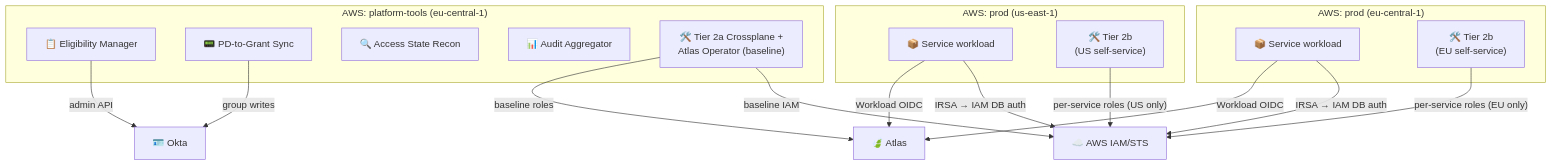
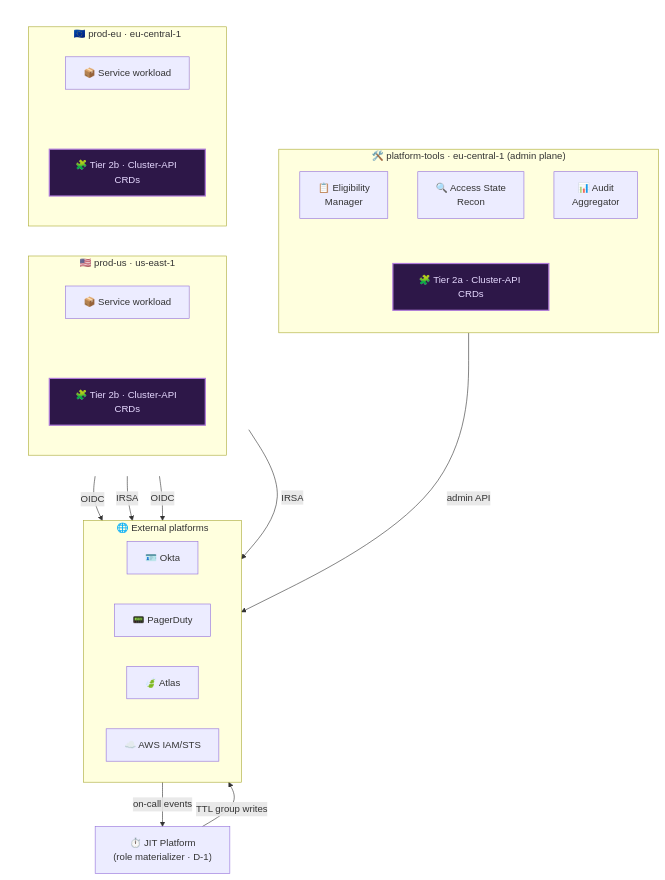
Before and after one commit to OrenOren1/blog: the eighth of 10 diagrams in presentations/credentials-access-platform/slides.generated.md, drawn with Mermaid. The commit also changed other lines of this file and 825 other files, not shown here.

First line of the commit message:
feat(deck): sync C&A Platform deck — Tools Selection, multi-region tier explainer, local hero images

````diff
--- a/presentations/credentials-access-platform/slides.generated.md
+++ b/presentations/credentials-access-platform/slides.generated.md
@@ -632,32 +708,51 @@
 ```mermaid
-graph TD
-    subgraph PT["AWS: platform-tools (eu-central-1)"]
-        EM["📋 Eligibility Manager"]
-        PDS["📟 PD-to-Grant Sync"]
-        ASR["🔍 Access State Recon"]
-        AUD["📊 Audit Aggregator"]
-        Tier2a["🛠️ Tier 2a Crossplane +<br/>Atlas Operator (baseline)"]
+flowchart TB
+    subgraph PT["🛠️ platform-tools · eu-central-1 (admin plane)"]
+        direction TB
+        EM["📋 Eligibility<br/>Manager"]
+        ASR["🔍 Access State<br/>Recon"]
+        AUD["📊 Audit<br/>Aggregator"]
+        T2A["🧩 Tier 2a · Cluster-API CRDs"]:::tier
+        EM ~~~ T2A
+        ASR ~~~ T2A
+        AUD ~~~ T2A
     end
-    subgraph US["AWS: prod (us-east-1)"]
-        WL_US["📦 Service workload"]
-        Tier2b_US["🛠️ Tier 2b<br/>(US self-service)"]
+
+    subgraph REGIONS[" "]
+        direction LR
+        subgraph US["🇺🇸 prod-us · us-east-1"]
+            direction TB
+            WL_US["📦 Service workload"]
+            T2B_US["🧩 Tier 2b · Cluster-API CRDs"]:::tier
+            WL_US ~~~ T2B_US
+        end
+        subgraph EU["🇪🇺 prod-eu · eu-central-1"]
+            direction TB
+            WL_EU["📦 Service workload"]
+            T2B_EU["🧩 Tier 2b · Cluster-API CRDs"]:::tier
+            WL_EU ~~~ T2B_EU
+        end
     end
-    subgraph EU["AWS: prod (eu-central-1)"]
-        WL_EU["📦 Service workload"]
-        Tier2b_EU["🛠️ Tier 2b<br/>(EU self-service)"]
+
+    JIT["⏱️ JIT Platform<br/>(role materializer · D-1)"]
+
+    subgraph EXT["🌐 External platforms"]
+        direction LR
+        Okta["🪪 Okta"]
+        PD["📟 PagerDuty"]
+        Atlas["🍃 Atlas"]
+        AWS_IAM["☁️ AWS IAM/STS"]
     end
-    Okta["🪪 Okta"]
-    Atlas["🍃 Atlas"]
-    AWS_IAM["☁️ AWS IAM/STS"]
 
     EM -->|"admin API"| Okta
-    PDS -->|"group writes"| Okta
-    Tier2a -->|"baseline roles"| Atlas
-    Tier2a -->|"baseline IAM"| AWS_IAM
-    WL_US -->|"Workload OIDC"| Atlas
-    WL_US -->|"IRSA → IAM DB auth"| AWS_IAM
-    WL_EU -->|"Workload OIDC"| Atlas
-    WL_EU -->|"IRSA → IAM DB auth"| AWS_IAM
-    Tier2b_US -->|"per-service roles (US only)"| AWS_IAM
-    Tier2b_EU -->|"per-service roles (EU only)"| AWS_IAM
+    PD -->|"on-call events"| JIT
+    JIT -->|"TTL group writes"| Okta
+
+    WL_US -->|"OIDC"| Atlas
+    WL_US -->|"IRSA"| AWS_IAM
+    WL_EU -->|"OIDC"| Atlas
+    WL_EU -->|"IRSA"| AWS_IAM
+
+    classDef tier fill:#2d1748,stroke:#b07adb,stroke-width:2px,color:#e6d9ff
+    style REGIONS fill:transparent,stroke:transparent
 ```
````
